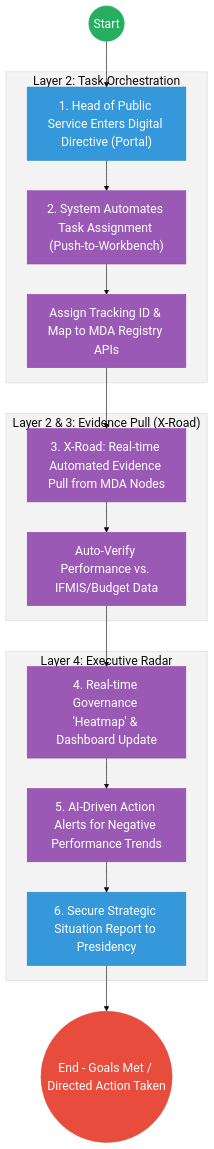
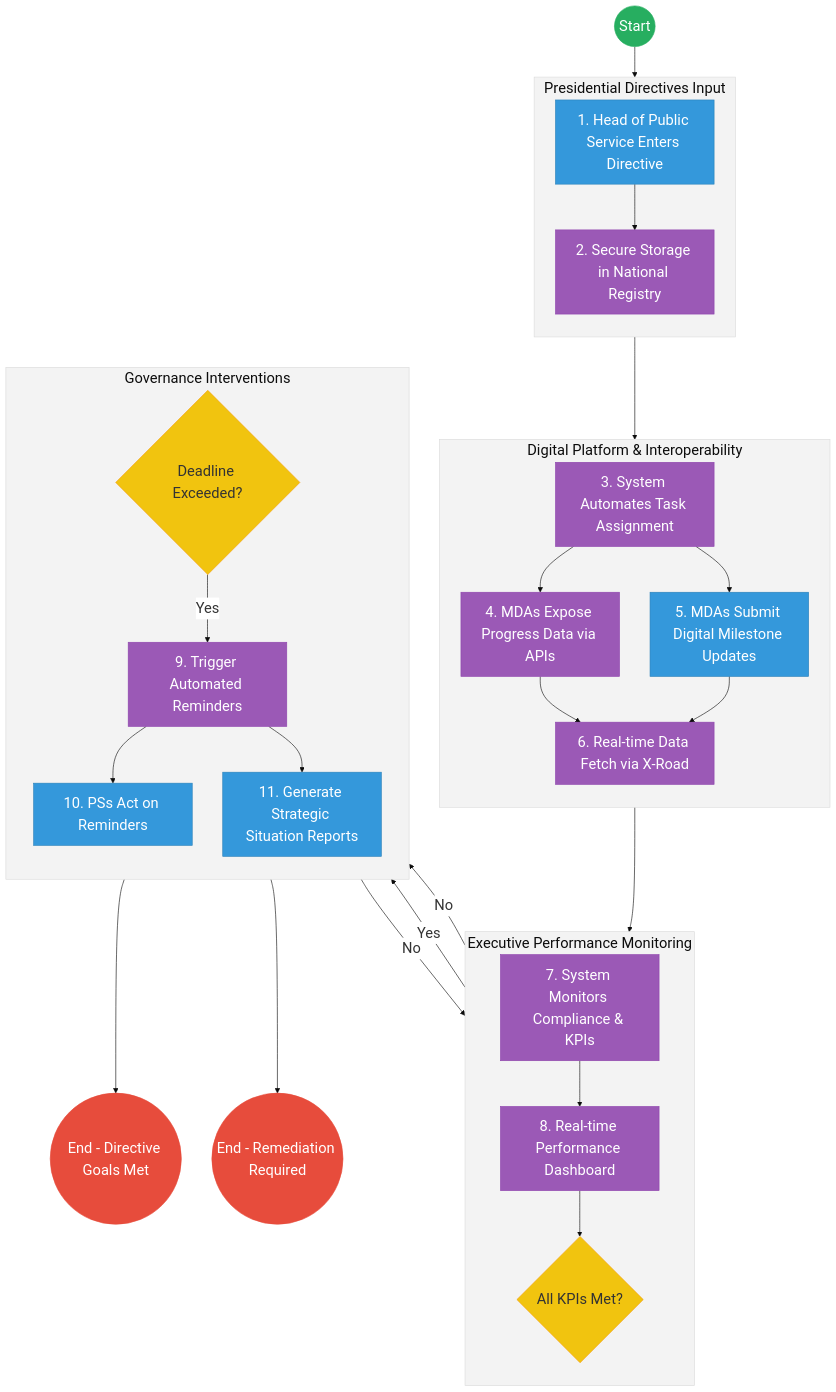
One commit to BITZ-IT-Consulting-LTD/ictapoc changed the second of 2 diagrams in mdas/docs_final/priority_mdas/OFFICE_OF_THE_CHIEF_OF_STAFF___Whole_of_Government_Oversight.md. Above: the diagram before and after it, drawn with Mermaid. The commit also changed other lines of this file and 90 other files, not shown here.

````diff
--- a/mdas/docs_final/priority_mdas/OFFICE_OF_THE_CHIEF_OF_STAFF___Whole_of_Government_Oversight.md
+++ b/mdas/docs_final/priority_mdas/OFFICE_OF_THE_CHIEF_OF_STAFF___Whole_of_Government_Oversight.md
@@ -111,33 +168,76 @@
 ```mermaid
-%%{init: { 'theme': 'base', 'themeVariables': { 'fontSize': '20px', 'fontFamily': 'Inter, system-ui, sans-serif', 'primaryColor': '#ffffff', 'edgeLabelBackground':'#ffffff', 'tertiaryColor': '#f3f3f3', 'mainBkg': '#ffffff', 'nodeBorder': '#333333' } } }%%
+%%{init: { 'theme': 'base', 'themeVariables': { 'fontSize': '24px', 'fontFamily': 'Inter, system-ui, sans-serif', 'primaryColor': '#ffffff', 'edgeLabelBackground':'#ffffff', 'tertiaryColor': '#f3f3f3', 'mainBkg': '#ffffff', 'nodeBorder': '#333333' } } }%%
 flowchart TD
-    Start((Start)) --> Enter["1. Head of Public Service Enters Digital Directive (Portal)"]
-    
-    subgraph Trust_Hub["Layer 2: Task Orchestration"]
-        Enter --> Assign["2. System Automates Task Assignment (Push-to-Workbench)"]
-        Assign --> Trace["Assign Tracking ID & Map to MDA Registry APIs"]
+    %% Events
+    Start((Start))
+    EndSuccess(("End - Directive Goals Met"))
+    EndEscalate(("End - Remediation Required"))
+
+    subgraph Input["Presidential Directives Input"]
+        direction TB
+        EnterDir["1. Head of Public Service Enters Directive"]
+        StoreDir["2. Secure Storage in National Registry"]
     end
 
-    subgraph Operations["Layer 2 & 3: Evidence Pull (X-Road)"]
-        Trace --> Fetch["3. X-Road: Real-time Automated Evidence Pull from MDA Nodes"]
-        Fetch --> CrossCheck["Auto-Verify Performance vs. IFMIS/Budget Data"]
+    subgraph Automation["Digital Platform & Interoperability"]
+        direction TB
+        AssignTasks["3. System Automates Task Assignment"]
+        ExposeData["4. MDAs Expose Progress Data via APIs"]
+        SubUpdate["5. MDAs Submit Digital Milestone Updates"]
+        FetchData["6. Real-time Data Fetch via X-Road"]
     end
 
-    subgraph Settlement["Layer 4: Executive Radar"]
-        CrossCheck --> Heatmap["4. Real-time Governance 'Heatmap' & Dashboard Update"]
-        Heatmap --> Alert["5. AI-Driven Action Alerts for Negative Performance Trends"]
-        Alert --> Result["6. Secure Strategic Situation Report to Presidency"]
+    subgraph Monitoring ["Executive Performance Monitoring"]
+        direction TB
+        MonitorComp["7. System Monitors Compliance & KPIs"]
+        GenDash["8. Real-time Performance Dashboard"]
+        DetectGateway{All KPIs Met?}
     end
 
-    Result --> EndProcess(("End - Goals Met / Directed Action Taken"))
+    subgraph Intervention ["Governance Interventions"]
+        direction TB
+        DeadlineGateway{Deadline Exceeded?}
+        TrigEsc["9. Trigger Automated Reminders"]
+        ActNudge["10. PSs Act on Reminders"]
+        GenRep["11. Generate Strategic Situation Reports"]
+    end
 
-    classDef start fill:#27ae60,stroke:#27ae60,color:#fff,font-size:20px;;
-    classDef endNode fill:#e74c3c,stroke:#e74c3c,color:#fff,font-size:20px;;
-    classDef userTask fill:#3498db,stroke:#2980b9,color:#fff,font-size:20px;;
-    classDef serviceTask fill:#9b59b6,stroke:#8e44ad,color:#fff,font-size:20px;;
+    %% Flow connections
+    Start --> EnterDir
+    EnterDir --> StoreDir
+    StoreDir --> AssignTasks
+    AssignTasks --> ExposeData
+    AssignTasks --> SubUpdate
     
-    class Start start;
-    class EndProcess endNode;
-    class Enter,Result userTask;
-    class Assign,Trace,Fetch,CrossCheck,Heatmap,Alert serviceTask;
+    ExposeData --> FetchData
+    SubUpdate --> FetchData
+    
+    FetchData --> MonitorComp
+    MonitorComp --> GenDash
+    GenDash --> DetectGateway
+    
+    DetectGateway -- "Yes" --> GenRep
+    DetectGateway -- "No" --> DeadlineGateway
+    
+    DeadlineGateway -- "No" --> MonitorComp
+    DeadlineGateway -- "Yes" --> TrigEsc
+    
+    TrigEsc --> ActNudge
+    TrigEsc --> GenRep
+    
+    GenRep --> EndSuccess
+    ActNudge --> EndEscalate
+
+    %% Styling
+    classDef startEvent fill:#27ae60,stroke:#27ae60,color:#fff,font-size:24px,font-size:24px,font-size:24px;;
+    classDef endEvent fill:#e74c3c,stroke:#e74c3c,color:#fff,font-size:24px,font-size:24px,font-size:24px;;
+    classDef userTask fill:#3498db,stroke:#2980b9,color:#fff,font-size:24px,font-size:24px,font-size:24px;;
+    classDef serviceTask fill:#9b59b6,stroke:#8e44ad,color:#fff,font-size:24px,font-size:24px,font-size:24px;;
+    classDef gateway fill:#f1c40f,stroke:#f39c12,color:#333,font-size:24px,font-size:24px,font-size:24px;;
+    
+    class Start startEvent;
+    class EndSuccess,EndEscalate endEvent;
+    class DetectGateway,DeadlineGateway gateway;
+    class StoreDir,AssignTasks,FetchData,MonitorComp,GenDash,TrigEsc,ExposeData serviceTask;
+    class EnterDir,GenRep,SubUpdate,ActNudge userTask;
 ```
````
